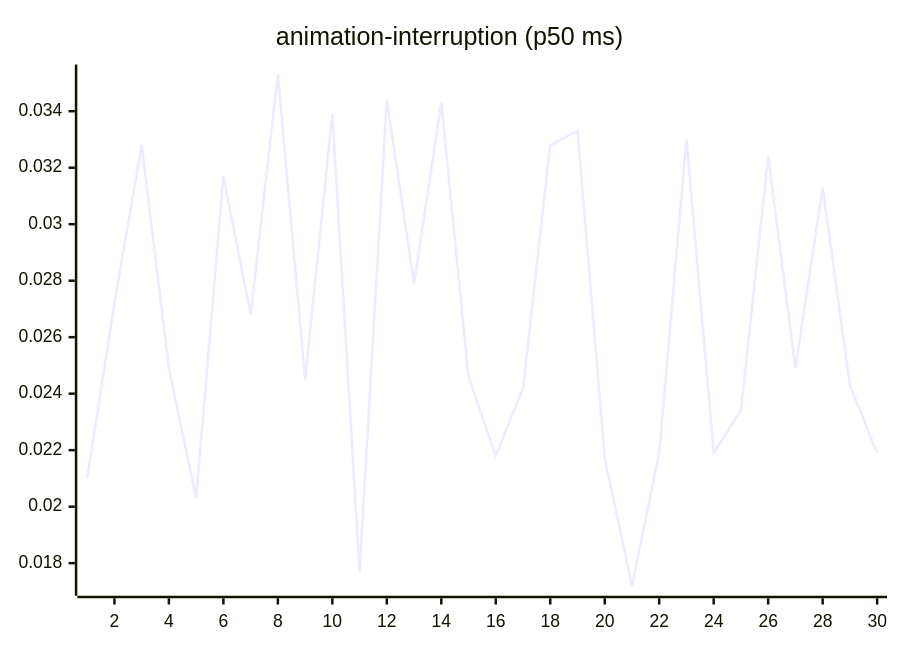
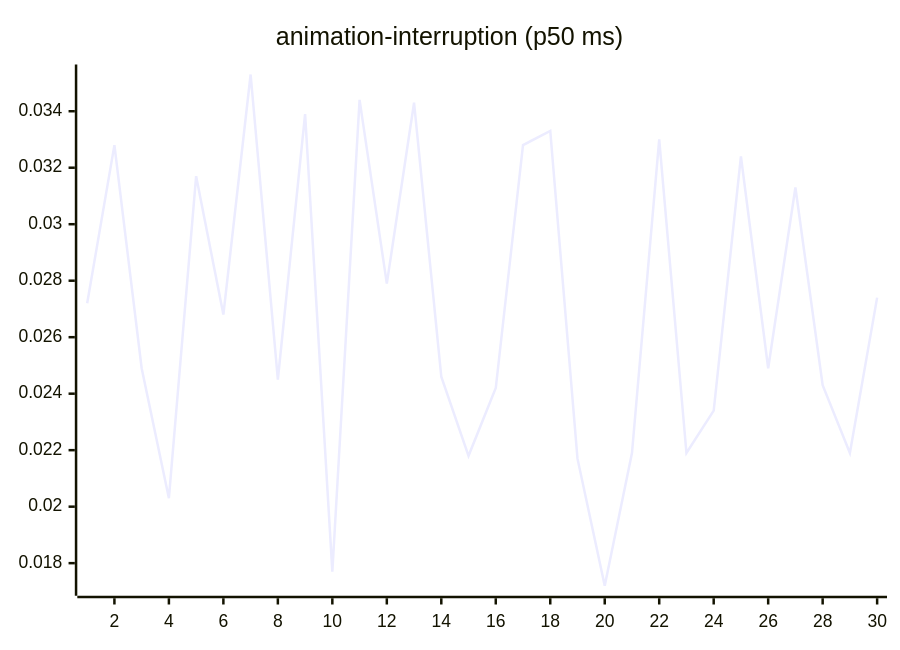
One commit to josha/Facet changed the third of 27 diagrams in README.md. Above: the diagram before and after it, drawn with Mermaid. The commit also changed other lines of this file and 2 other files, not shown here.

````diff
--- a/README.md
+++ b/README.md
@@ -77,6 +77,6 @@
 ```mermaid
 xychart-beta
     title "animation-interruption (p50 ms)"
     x-axis 1 --> 30
-    line [0.0210, 0.0272, 0.0328, 0.0249, 0.0203, 0.0317, 0.0268, 0.0353, 0.0245, 0.0339, 0.0177, 0.0344, 0.0279, 0.0343, 0.0246, 0.0218, 0.0242, 0.0328, 0.0333, 0.0217, 0.0172, 0.0219, 0.0330, 0.0219, 0.0234, 0.0324, 0.0249, 0.0313, 0.0243, 0.0219]
+    line [0.0272, 0.0328, 0.0249, 0.0203, 0.0317, 0.0268, 0.0353, 0.0245, 0.0339, 0.0177, 0.0344, 0.0279, 0.0343, 0.0246, 0.0218, 0.0242, 0.0328, 0.0333, 0.0217, 0.0172, 0.0219, 0.0330, 0.0219, 0.0234, 0.0324, 0.0249, 0.0313, 0.0243, 0.0219, 0.0274]
 ```
````
